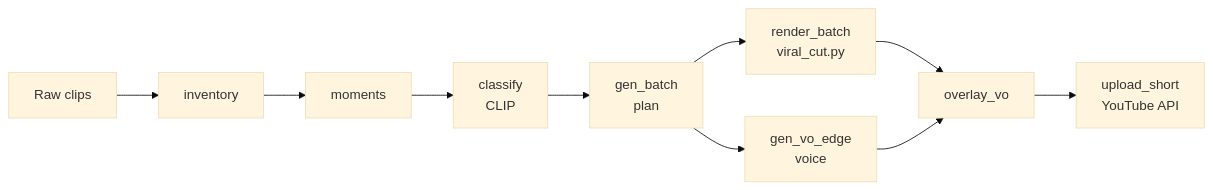
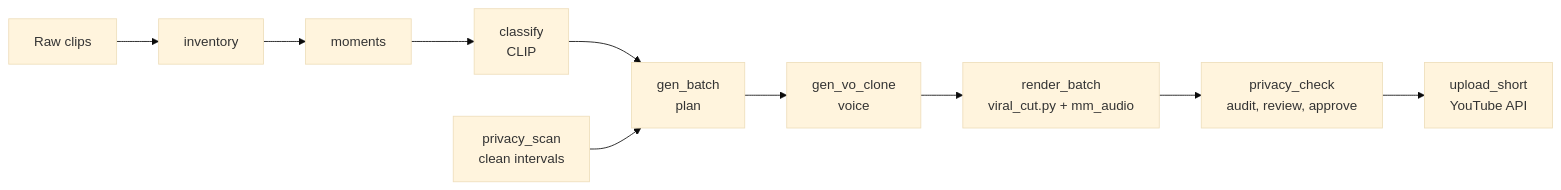
The diagram in docs/index.md (m-elkhou/motoride-montage), drawn with Mermaid (base theme) before and after one commit. The commit also changed other lines of this file and 51 other files, not shown here.

````diff
--- a/docs/index.md
+++ b/docs/index.md
@@ -31,12 +32,12 @@
 ```mermaid
 flowchart LR
     R[Raw clips] --> I[inventory]
     I --> M[moments]
     M --> C[classify<br/>CLIP]
     C --> P[gen_batch<br/>plan]
-    P --> V[render_batch<br/>viral_cut.py]
-    P --> T[gen_vo_edge<br/>voice]
-    V --> O[overlay_vo]
-    T --> O
-    O --> U[upload_short<br/>YouTube API]
+    PS[privacy_scan<br/>clean intervals] --> P
+    P --> T[gen_vo_clone<br/>voice]
+    T --> V[render_batch<br/>viral_cut.py + mm_audio]
+    V --> K[privacy_check<br/>audit, review, approve]
+    K --> U[upload_short<br/>YouTube API]
 ```
````
